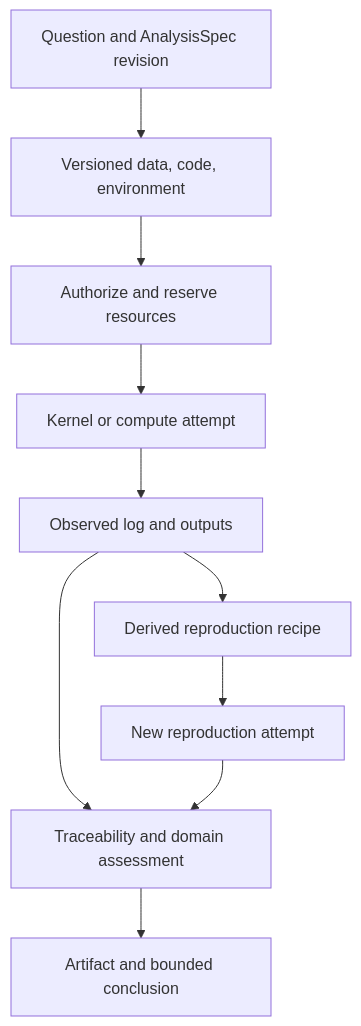
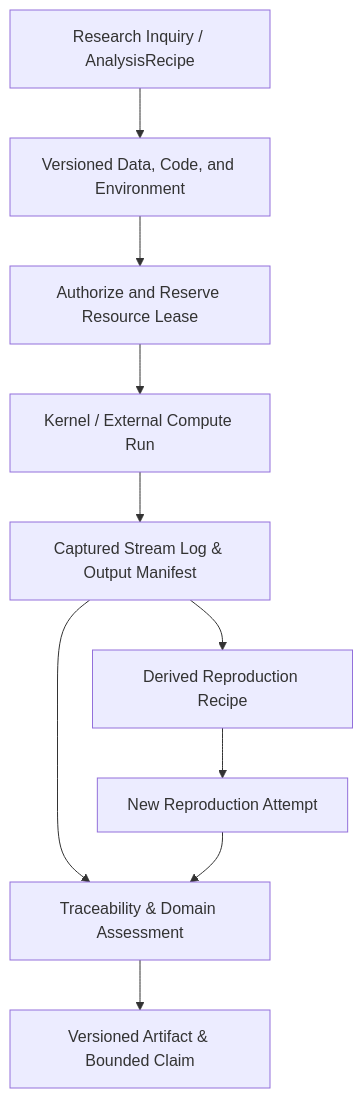
Before and after one commit to civi0411/Custos: the diagram in docs/architecture/research-workbench-blueprint.md, drawn with Mermaid. The commit also changed other lines of this file and 53 other files, not shown here.

First line of the commit message:
docs(architecture): rewrite and synchronize docs with 4 canonical platform blocks

````diff
--- a/docs/architecture/research-workbench-blueprint.md
+++ b/docs/architecture/research-workbench-blueprint.md
@@ -120,12 +58,12 @@
 ```mermaid
 flowchart TD
-    Q[Question and AnalysisSpec revision] --> I[Versioned data, code, environment]
-    I --> A[Authorize and reserve resources]
-    A --> X[Kernel or compute attempt]
-    X --> R[Observed log and outputs]
-    R --> V[Traceability and domain assessment]
-    R --> P[Derived reproduction recipe]
-    V --> O[Artifact and bounded conclusion]
-    P --> N[New reproduction attempt]
+    Q["Research Inquiry / AnalysisRecipe"] --> I["Versioned Data, Code, and Environment"]
+    I --> A["Authorize and Reserve Resource Lease"]
+    A --> X["Kernel / External Compute Run"]
+    X --> R["Captured Stream Log & Output Manifest"]
+    R --> V["Traceability & Domain Assessment"]
+    R --> P["Derived Reproduction Recipe"]
+    V --> O["Versioned Artifact & Bounded Claim"]
+    P --> N["New Reproduction Attempt"]
     N --> V
 ```
````
